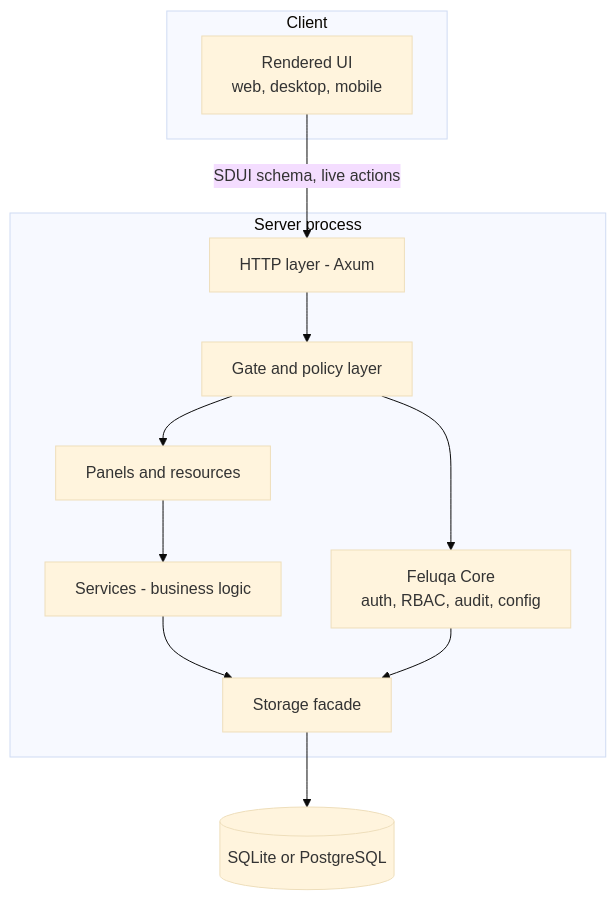
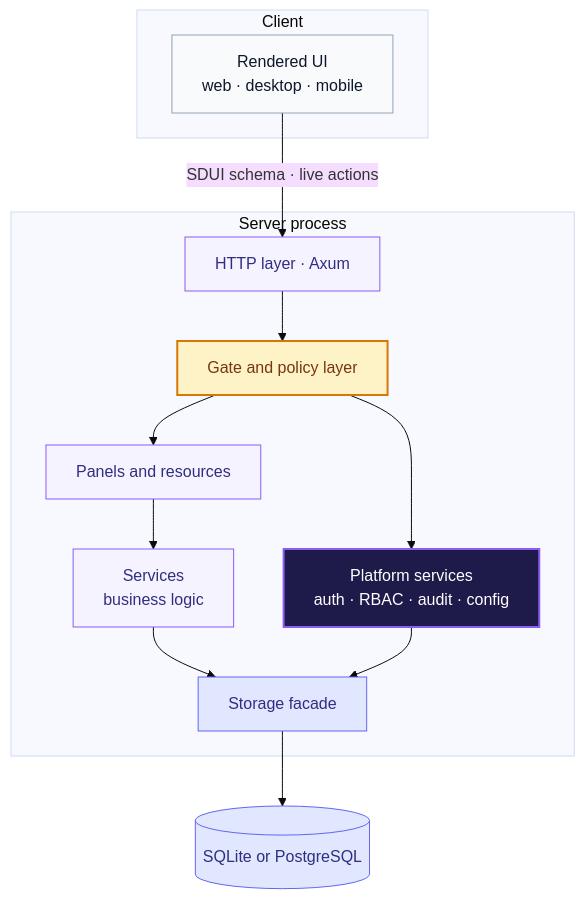
One commit to emyassine/base-feluka changed the third of 3 diagrams in docs/guides/first/01-welcome/03-architecture-overview.en.md. Above: the diagram before and after it, drawn with Mermaid (base theme). The commit also changed other lines of this file and 2 other files, not shown here.

````diff
--- a/docs/guides/first/01-welcome/03-architecture-overview.en.md
+++ b/docs/guides/first/01-welcome/03-architecture-overview.en.md
@@ -47,21 +129,35 @@
 ```mermaid
 flowchart TB
-    subgraph CLIENT[Client]
-        UI[Rendered UI<br/>web, desktop, mobile]
+    subgraph CLIENT["Client"]
+        UI["Rendered UI<br/>web · desktop · mobile"]
     end
-    subgraph SERVER[Server process]
-        HTTP[HTTP layer - Axum]
-        GATE[Gate and policy layer]
-        PAN[Panels and resources]
-        SVC[Services - business logic]
-        CORE[Feluqa Core<br/>auth, RBAC, audit, config]
-        STO[Storage facade]
+
+    subgraph SERVER["Server process"]
+        HTTP["HTTP layer · Axum"]
+        GATE["Gate and policy layer"]
+        PAN["Panels and resources"]
+        SVC["Services<br/>business logic"]
+        PLAT["Platform services<br/>auth · RBAC · audit · config"]
+        STO["Storage facade"]
     end
-    DB[(SQLite or PostgreSQL)]
 
-    UI -->|SDUI schema, live actions| HTTP
+    DB[("SQLite or PostgreSQL")]
+
+    UI -->|"SDUI schema · live actions"| HTTP
     HTTP --> GATE --> PAN --> SVC
-    GATE --> CORE
+    GATE --> PLAT
     SVC --> STO --> DB
-    CORE --> STO
+    PLAT --> STO
+
+    classDef client fill:#f8fafc,color:#0f172a,stroke:#94a3b8
+    classDef layer fill:#f5f3ff,color:#312e81,stroke:#8b5cf6
+    classDef guard fill:#fef3c7,color:#78350f,stroke:#d97706,stroke-width:2px
+    classDef platform fill:#1e1b4b,color:#ffffff,stroke:#8b5cf6,stroke-width:2px
+    classDef store fill:#e0e7ff,color:#312e81,stroke:#6366f1
+
+    class UI client
+    class HTTP,PAN,SVC layer
+    class GATE guard
+    class PLAT platform
+    class STO,DB store
 ```
````
